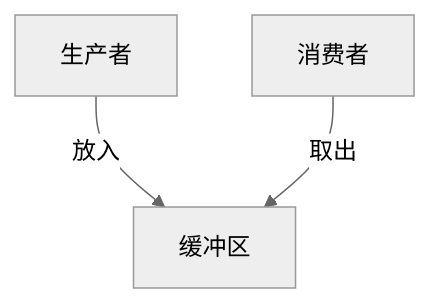
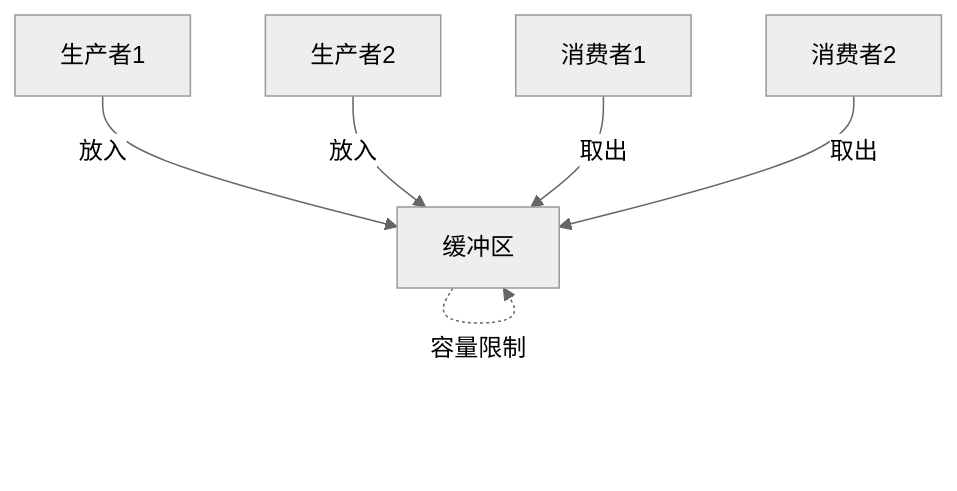
Before and after one commit to AdaMartin18010/Lean: the seventh of 12 diagrams in analysis/1-形式化理论/1.4-Petri网与分布式系统/1.4.6-图表与多表征.md, drawn with Mermaid (neutral theme). The commit also changed other lines of this file and 23 other files, not shown here.

````diff
--- a/analysis/1-形式化理论/1.4-Petri网与分布式系统/1.4.6-图表与多表征.md
+++ b/analysis/1-形式化理论/1.4-Petri网与分布式系统/1.4.6-图表与多表征.md
@@ -37,5 +110,9 @@
 ```mermaid
 graph TD
-  P1[生产者] -->|放入| B[缓冲区]
-  C[消费者] -->|取出| B
+  P1[生产者1] -->|放入| B[缓冲区]
+  P2[生产者2] -->|放入| B
+  C1[消费者1] -->|取出| B
+  C2[消费者2] -->|取出| B
+  
+  B -.->|容量限制| B
 ```
````
